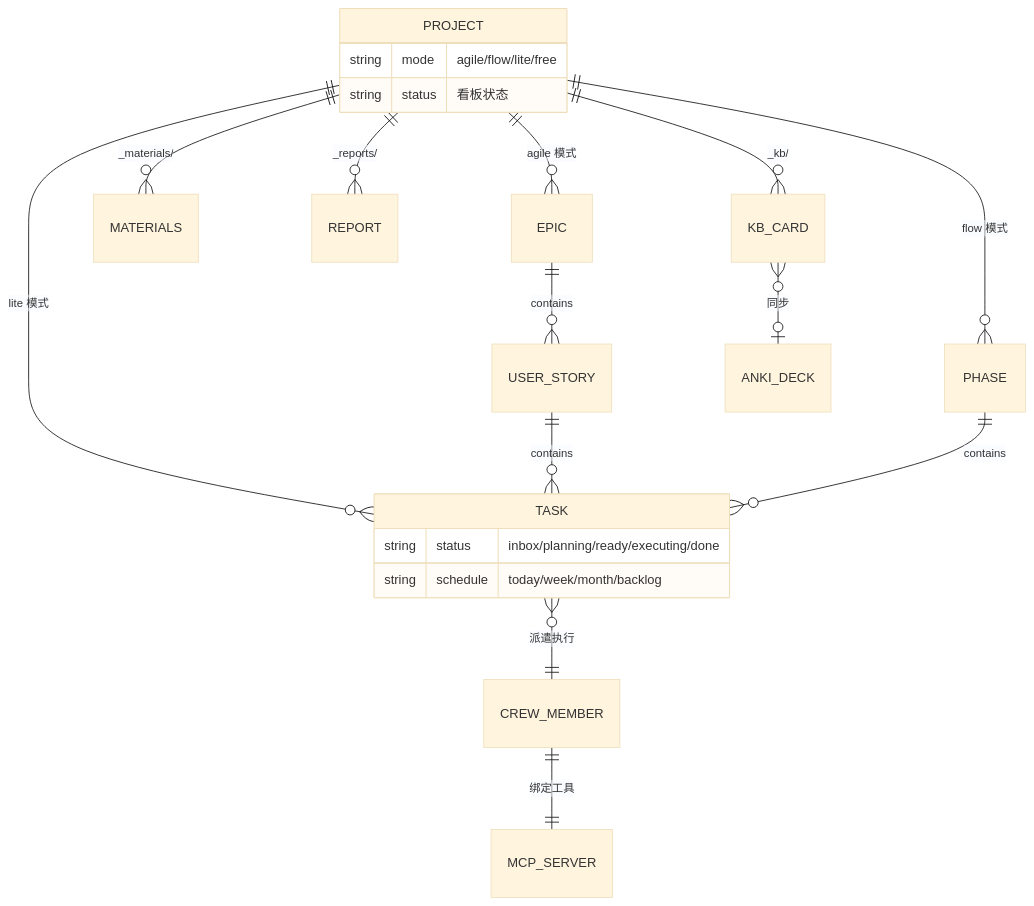
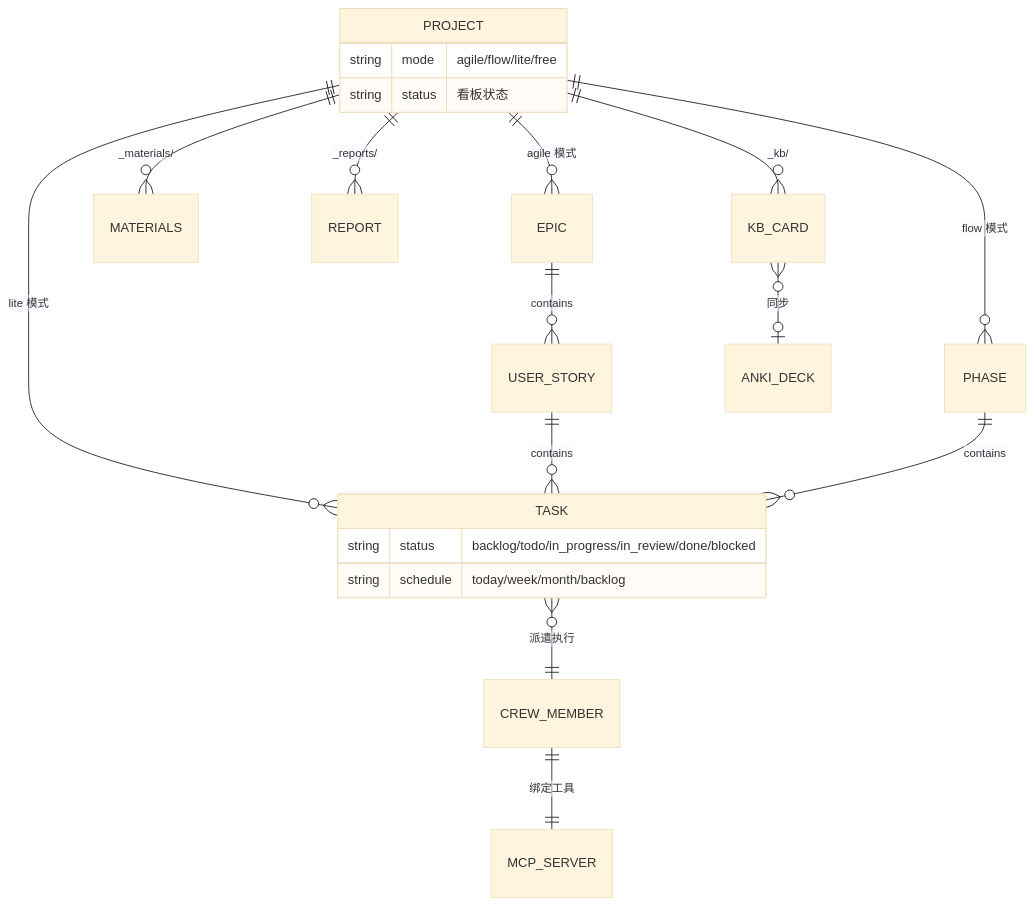
Before and after one commit to xxlest/FocusPilot: the third of 20 diagrams in docs/focuspilot-ui-features.md, drawn with Mermaid (base theme). The commit also changed other lines of this file and 4 other files, not shown here.

````diff
--- a/docs/focuspilot-ui-features.md
+++ b/docs/focuspilot-ui-features.md
@@ -114,23 +114,23 @@
 ```mermaid
 erDiagram
     PROJECT ||--o{ EPIC : "agile 模式"
     PROJECT ||--o{ PHASE : "flow 模式"
     PROJECT ||--o{ TASK : "lite 模式"
     EPIC ||--o{ USER_STORY : contains
     USER_STORY ||--o{ TASK : contains
     PHASE ||--o{ TASK : contains
     TASK }o--|| CREW_MEMBER : "派遣执行"
     CREW_MEMBER ||--|| MCP_SERVER : "绑定工具"
     PROJECT ||--o{ MATERIALS : "_materials/"
     PROJECT ||--o{ REPORT : "_reports/"
     PROJECT ||--o{ KB_CARD : "_kb/"
     KB_CARD }o--o| ANKI_DECK : "同步"
     TASK {
-        string status "inbox/planning/ready/executing/done"
+        string status "backlog/todo/in_progress/in_review/done/blocked"
         string schedule "today/week/month/backlog"
     }
     PROJECT {
         string mode "agile/flow/lite/free"
         string status "看板状态"
     }
 ```
````
